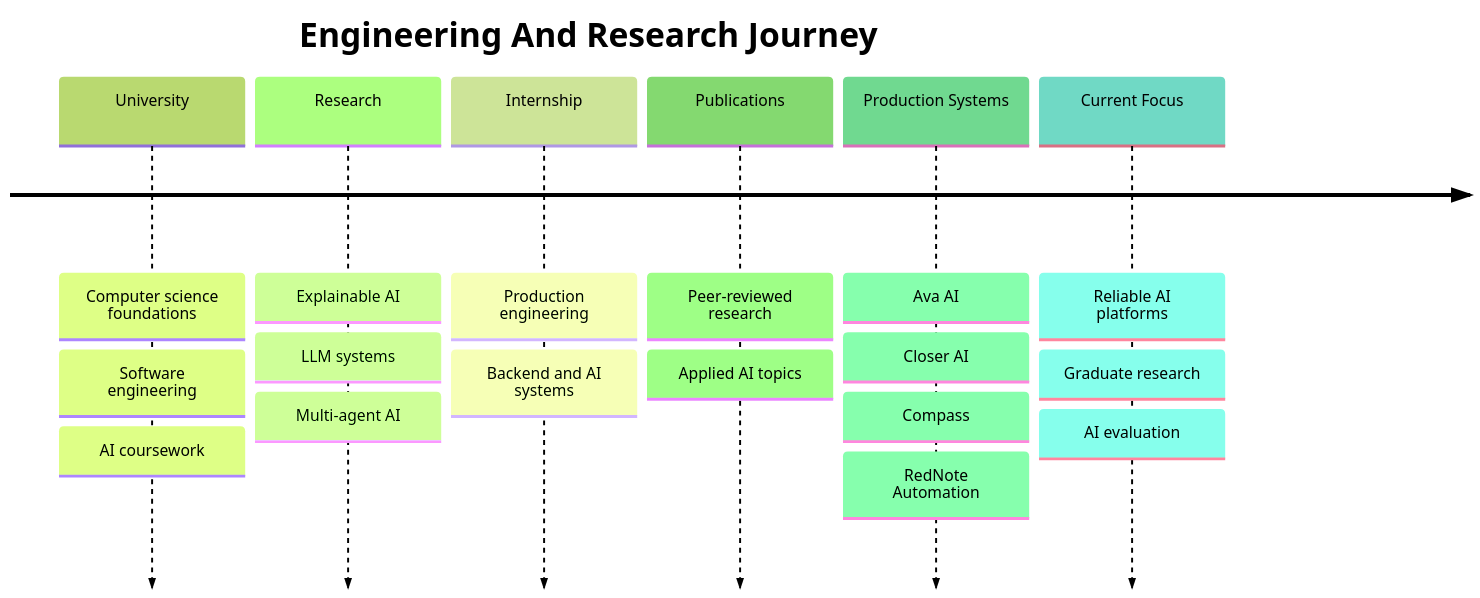
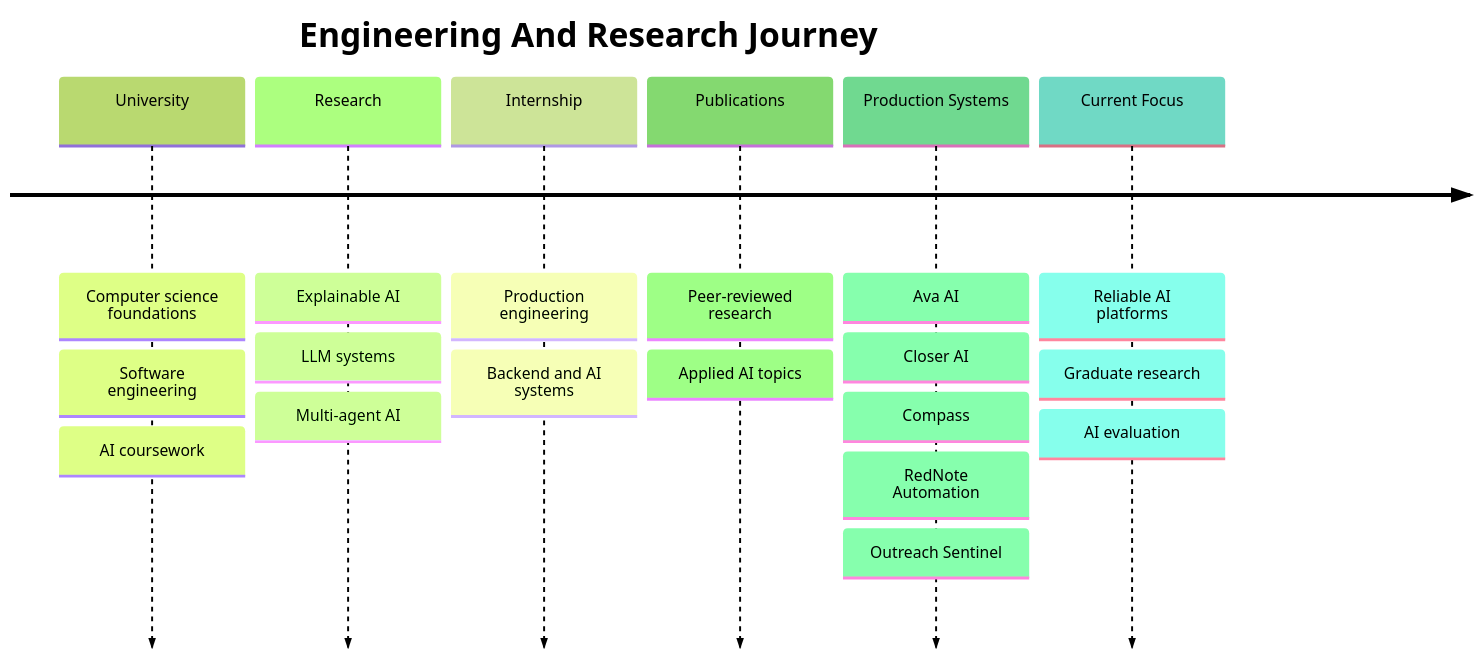
The first of 2 diagrams in README.md (BakaryGibba/bakary-gibba-ai-engineering-portfolio), drawn with Mermaid (forest theme) before and after one commit. The commit also changed other lines of this file and 3 other files, not shown here.

First line of the commit message:
Add Outreach Sentinel and Medx AI, fix Closer link, update publication status

````diff
--- a/README.md
+++ b/README.md
@@ -47,10 +52,10 @@
 ```mermaid
 timeline
   title Engineering And Research Journey
   University : Computer science foundations : Software engineering : AI coursework
   Research : Explainable AI : LLM systems : Multi-agent AI
   Internship : Production engineering : Backend and AI systems
   Publications : Peer-reviewed research : Applied AI topics
-  Production Systems : Ava AI : Closer AI : Compass : RedNote Automation
+  Production Systems : Ava AI : Closer AI : Compass : RedNote Automation : Outreach Sentinel
   Current Focus : Reliable AI platforms : Graduate research : AI evaluation
 ```
````
